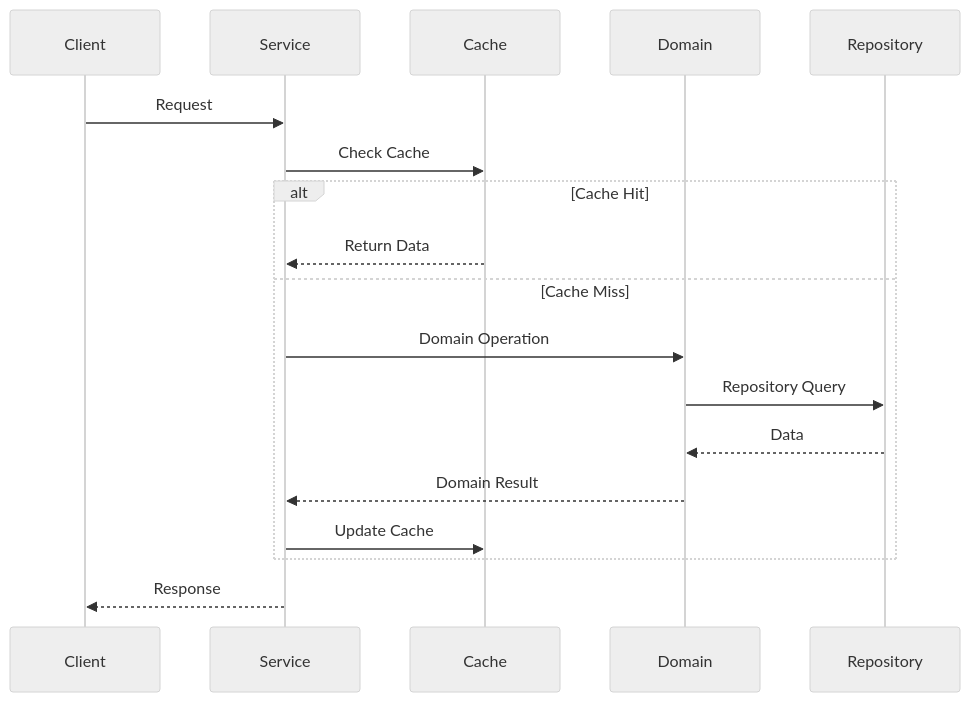
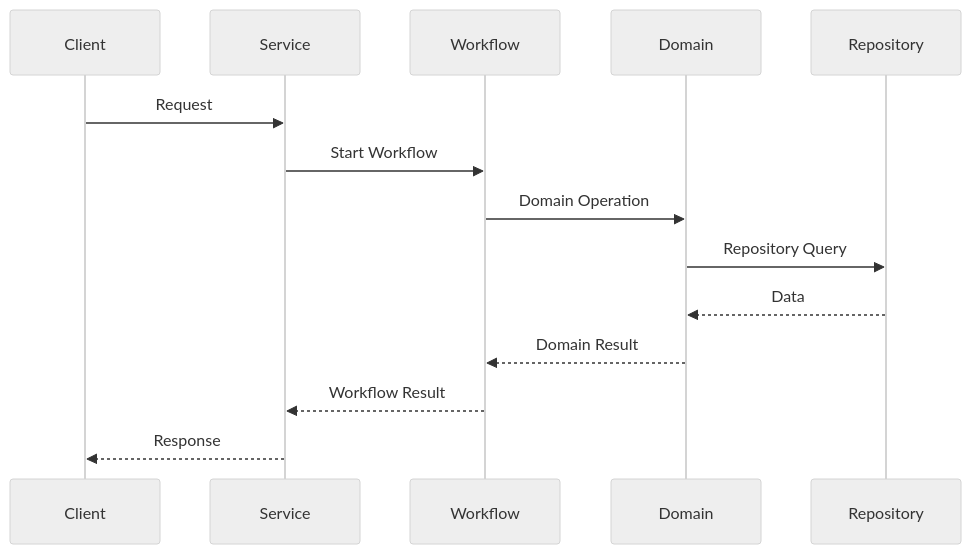
One commit to tonglam/letletme_data changed the fifth of 11 diagrams in documentation/design/Service_Layer_Design.md. Above: the diagram before and after it, drawn with Mermaid (neutral theme). The commit also changed other lines of this file and 15 other files, not shown here.

````diff
--- a/documentation/design/Service_Layer_Design.md
+++ b/documentation/design/Service_Layer_Design.md
@@ -112,21 +150,17 @@
 ```mermaid
 sequenceDiagram
     participant C as Client
     participant S as Service
-    participant Ca as Cache
+    participant W as Workflow
     participant D as Domain
     participant R as Repository
 
     C->>S: Request
-    S->>Ca: Check Cache
-    alt Cache Hit
-        Ca-->>S: Return Data
-    else Cache Miss
-        S->>D: Domain Operation
-        D->>R: Repository Query
-        R-->>D: Data
-        D-->>S: Domain Result
-        S->>Ca: Update Cache
-    end
+    S->>W: Start Workflow
+    W->>D: Domain Operation
+    D->>R: Repository Query
+    R-->>D: Data
+    D-->>W: Domain Result
+    W-->>S: Workflow Result
     S-->>C: Response
 ```
````
